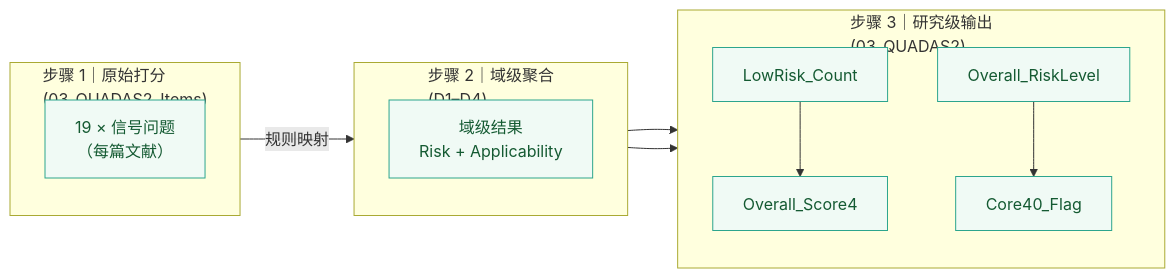
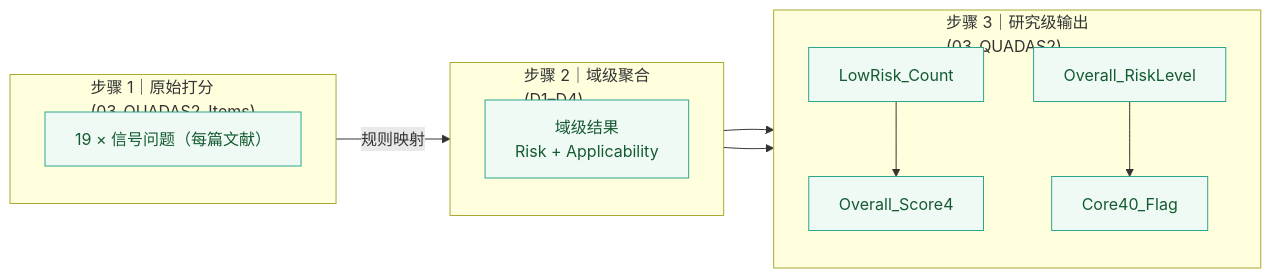
One commit to zhi-neng-ma-hua/StrokeGuardianAI changed the diagram in research/literature-review/zh/文献质量评估指南_QUADAS2.md.md. Above: the diagram before and after it, drawn with Mermaid.

````diff
--- a/research/literature-review/zh/文献质量评估指南_QUADAS2.md.md
+++ b/research/literature-review/zh/文献质量评估指南_QUADAS2.md.md
@@ -83,34 +83,34 @@
 ```mermaid
 flowchart LR
     %% ---------- Step 1 ----------
     subgraph STEP1["步骤 1｜原始打分<br/>(03_QUADAS2_Items)"]
         direction TB
-        A["19 × 信号问题<br/>（每篇文献）"]
+        A["19 × 信号问题（每篇文献）"]
     end
 
     %% ---------- Step 2 ----------
     subgraph STEP2["步骤 2｜域级聚合<br/>(D1–D4)"]
         direction TB
         B["域级结果<br/>Risk + Applicability"]
     end
 
     %% ---------- Step 3 ----------
     subgraph STEP3["步骤 3｜研究级输出<br/>(03_QUADAS2)"]
         direction TB
         C1["LowRisk_Count"]
         C2["Overall_Score4"]
         C3["Overall_RiskLevel"]
         C4["Core40_Flag"]
     end
 
     %% ----------- 流向 -----------
     A -- 规则映射 --> B
     B --> C1
     C1 --> C2
     B --> C3
     C3 --> C4
 
     %% ----------- 视觉样式 -----------
     classDef box fill:#F0FAF5,stroke:#2CA58D,color:#145A32,stroke-width:1px;
     class A,B,C1,C2,C3,C4 box;
 ```
````
